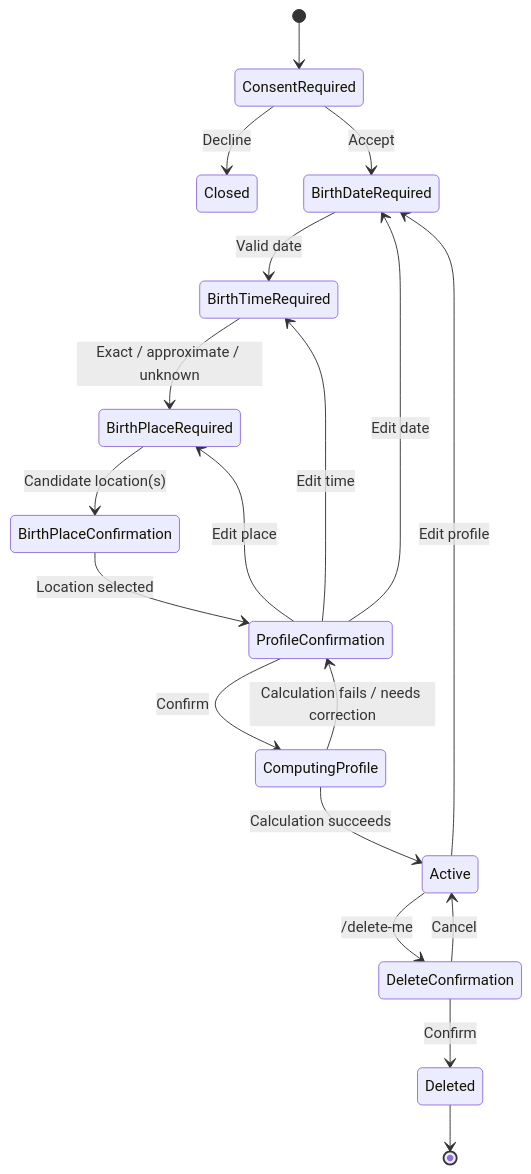
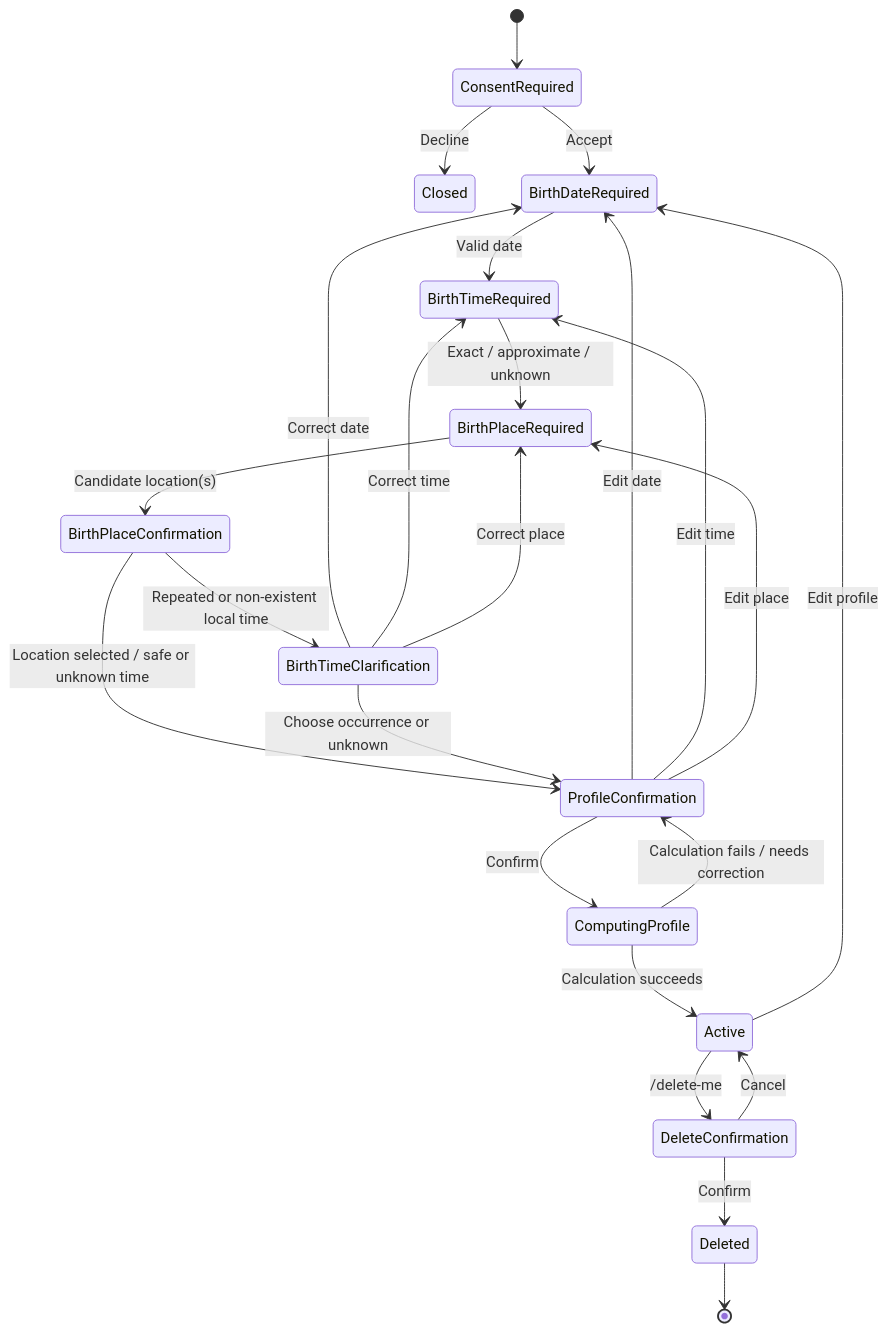
Before and after one commit to bdobrica/OriaEngine: the first of 7 diagrams in PLAN.md, drawn with Mermaid. The commit also changed other lines of this file and 28 other files, not shown here.

Commit message:
feat: add local birthplace and historical time resolution

````diff
--- a/PLAN.md
+++ b/PLAN.md
@@ -144,23 +144,28 @@
 ```mermaid
 stateDiagram-v2
     [*] --> ConsentRequired
     ConsentRequired --> Closed: Decline
     ConsentRequired --> BirthDateRequired: Accept
 
     BirthDateRequired --> BirthTimeRequired: Valid date
     BirthTimeRequired --> BirthPlaceRequired: Exact / approximate / unknown
     BirthPlaceRequired --> BirthPlaceConfirmation: Candidate location(s)
-    BirthPlaceConfirmation --> ProfileConfirmation: Location selected
+    BirthPlaceConfirmation --> ProfileConfirmation: Location selected / safe or unknown time
+    BirthPlaceConfirmation --> BirthTimeClarification: Repeated or non-existent local time
+    BirthTimeClarification --> ProfileConfirmation: Choose occurrence or unknown
+    BirthTimeClarification --> BirthDateRequired: Correct date
+    BirthTimeClarification --> BirthTimeRequired: Correct time
+    BirthTimeClarification --> BirthPlaceRequired: Correct place
     ProfileConfirmation --> BirthDateRequired: Edit date
     ProfileConfirmation --> BirthTimeRequired: Edit time
     ProfileConfirmation --> BirthPlaceRequired: Edit place
     ProfileConfirmation --> ComputingProfile: Confirm
     ComputingProfile --> Active: Calculation succeeds
     ComputingProfile --> ProfileConfirmation: Calculation fails / needs correction
 
     Active --> BirthDateRequired: Edit profile
     Active --> DeleteConfirmation: /delete-me
     DeleteConfirmation --> Active: Cancel
     DeleteConfirmation --> Deleted: Confirm
     Deleted --> [*]
 ```
````
